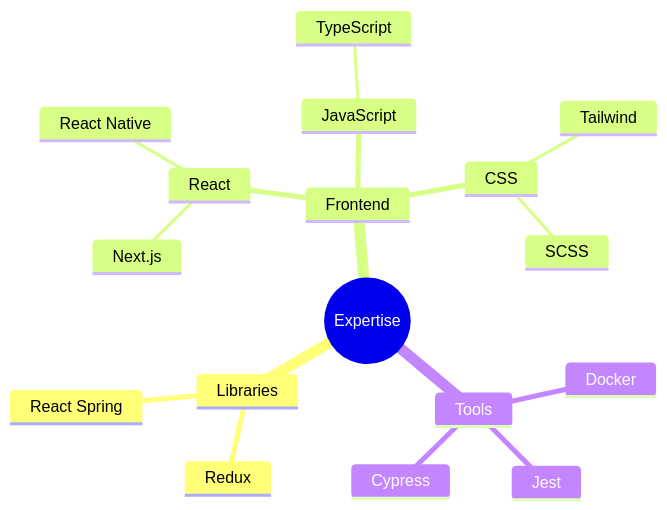
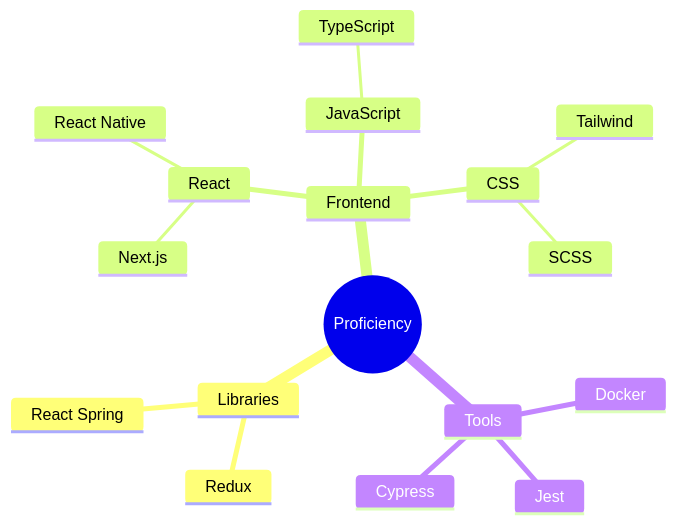
Before and after one commit to geoffrey-tan/geoffrey-tan: the diagram in README.md, drawn with Mermaid.

````diff
--- a/README.md
+++ b/README.md
@@ -17,20 +17,20 @@
 ```mermaid
 mindmap
-  root((Expertise))
+  root((Proficiency))
     Libraries
       Redux
       React Spring
     Frontend
       React
         Next.js
         React Native
       JavaScript
         TypeScript
       CSS
         Tailwind
         SCSS
     Tools
       Docker
       Jest
       Cypress
 ```
````
